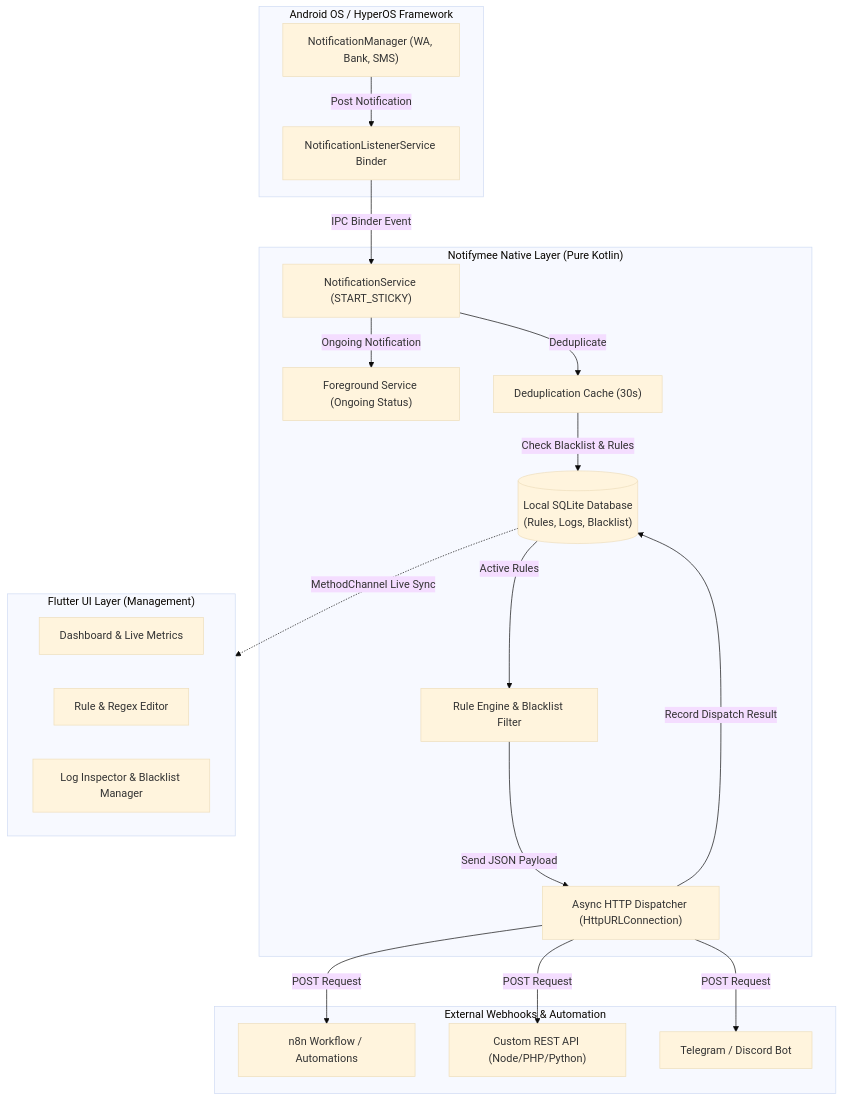
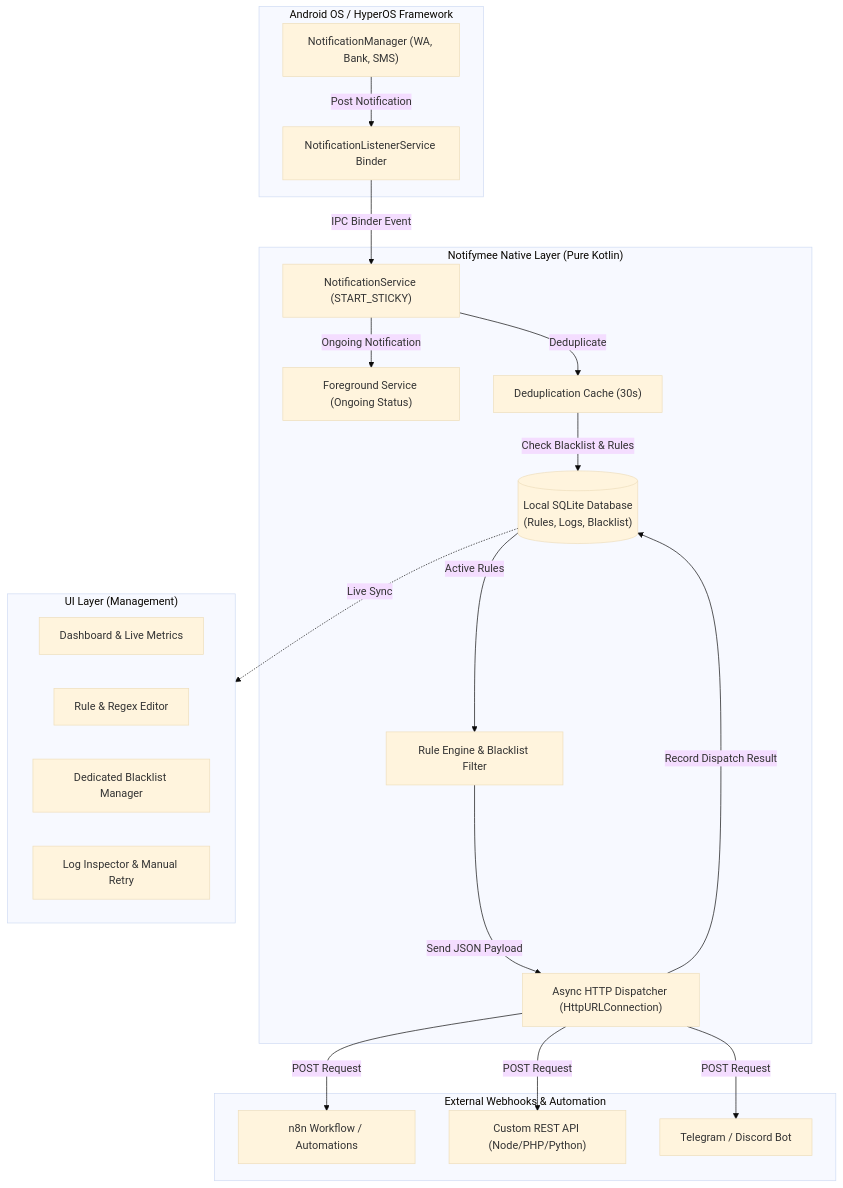
The diagram in README.md (rizumiya/notifymee), drawn with Mermaid (base theme) before and after one commit. The commit also changed other lines of this file and 46 other files, not shown here.

````diff
--- a/README.md
+++ b/README.md
@@ -65,41 +91,42 @@
 ```mermaid
 flowchart TD
     subgraph AndroidOS["Android OS / HyperOS Framework"]
         NM["NotificationManager (WA, Bank, SMS)"]
         NLS["NotificationListenerService Binder"]
     end
 
     subgraph NativeService["Notifymee Native Layer (Pure Kotlin)"]
         SRV["NotificationService (START_STICKY)"]
         FGS["Foreground Service (Ongoing Status)"]
         DEDUP["Deduplication Cache (30s)"]
         DB[("Local SQLite Database\n(Rules, Logs, Blacklist)")]
         MATCHER["Rule Engine & Blacklist Filter"]
         HTTP["Async HTTP Dispatcher (HttpURLConnection)"]
     end
 
     subgraph External["External Webhooks & Automation"]
         N8N["n8n Workflow / Automations"]
         API["Custom REST API (Node/PHP/Python)"]
         TG["Telegram / Discord Bot"]
     end
 
-    subgraph FlutterUI["Flutter UI Layer (Management)"]
+    subgraph FlutterUI["UI Layer (Management)"]
         DASH["Dashboard & Live Metrics"]
         RULES_UI["Rule & Regex Editor"]
-        LOGS_UI["Log Inspector & Blacklist Manager"]
+        BL_UI["Dedicated Blacklist Manager"]
+        LOGS_UI["Log Inspector & Manual Retry"]
     end
 
     NM -->|Post Notification| NLS
     NLS -->|IPC Binder Event| SRV
     SRV -->|Ongoing Notification| FGS
     SRV -->|Deduplicate| DEDUP
     DEDUP -->|Check Blacklist & Rules| DB
     DB -->|Active Rules| MATCHER
     MATCHER -->|Send JSON Payload| HTTP
     HTTP -->|POST Request| N8N
     HTTP -->|POST Request| API
     HTTP -->|POST Request| TG
     HTTP -->|Record Dispatch Result| DB
-    DB -.->|MethodChannel Live Sync| FlutterUI
+    DB -.->|Live Sync| FlutterUI
 ```
````
